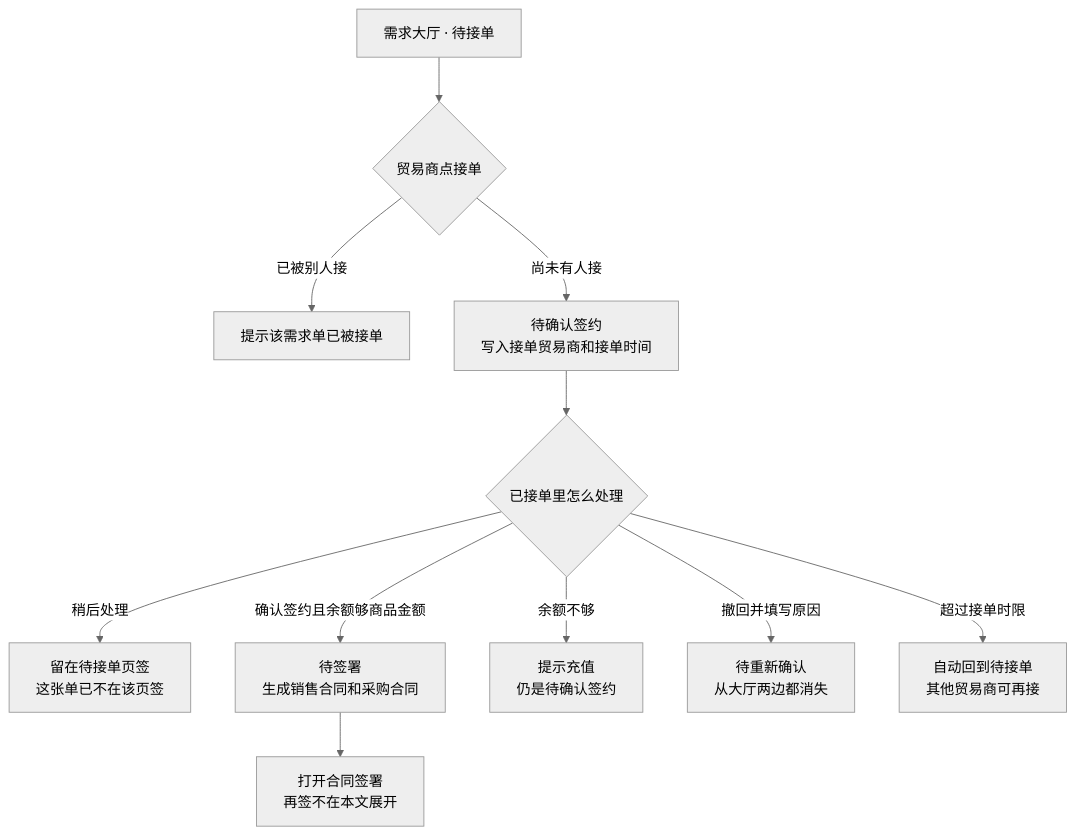
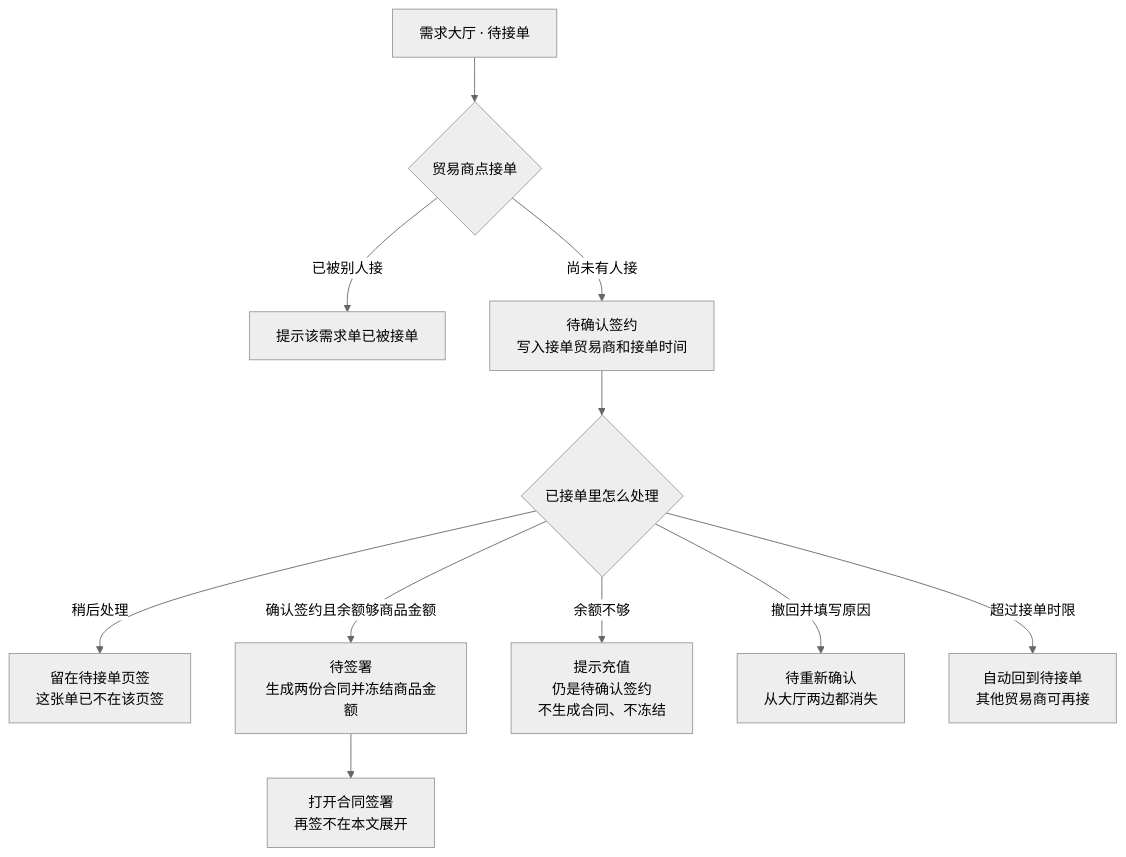
The diagram in RBT/docs/7-贸易商接单流程PRD.md (342-droid/LFerp), drawn with Mermaid (neutral theme) before and after one commit. The commit also changed other lines of this file and 6 other files, not shown here.

````diff
--- a/RBT/docs/7-贸易商接单流程PRD.md
+++ b/RBT/docs/7-贸易商接单流程PRD.md
@@ -21,13 +22,13 @@
 ```mermaid
 flowchart TB
   A[需求大厅 · 待接单] --> B{贸易商点接单}
   B -->|已被别人接| B1[提示该需求单已被接单]
   B -->|尚未有人接| C[待确认签约<br/>写入接单贸易商和接单时间]
   C --> D{已接单里怎么处理}
   D -->|稍后处理| D1[留在待接单页签<br/>这张单已不在该页签]
-  D -->|确认签约且余额够商品金额| E[待签署<br/>生成销售合同和采购合同]
-  D -->|余额不够| E1[提示充值<br/>仍是待确认签约]
+  D -->|确认签约且余额够商品金额| E[待签署<br/>生成两份合同并冻结商品金额]
+  D -->|余额不够| E1[提示充值<br/>仍是待确认签约<br/>不生成合同、不冻结]
   D -->|撤回并填写原因| F[待重新确认<br/>从大厅两边都消失]
   D -->|超过接单时限| G[自动回到待接单<br/>其他贸易商可再接]
   E --> H[打开合同签署<br/>再签不在本文展开]
 ```
````
